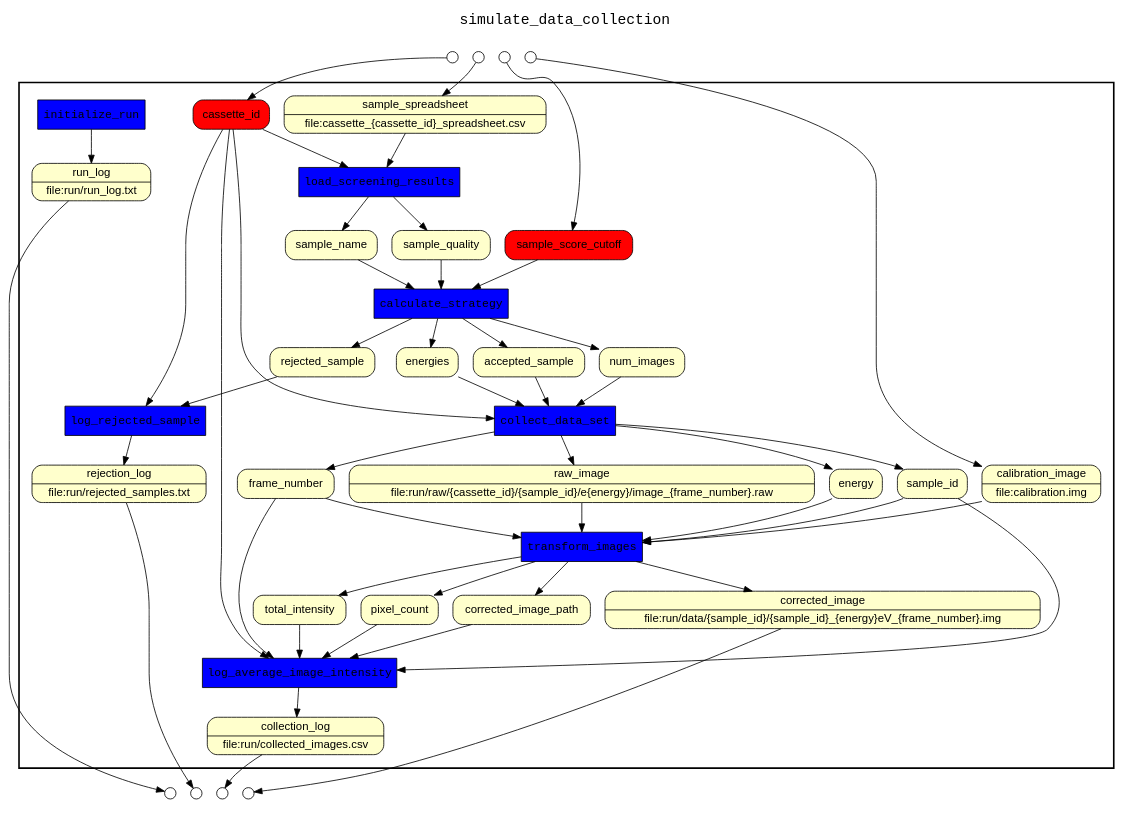
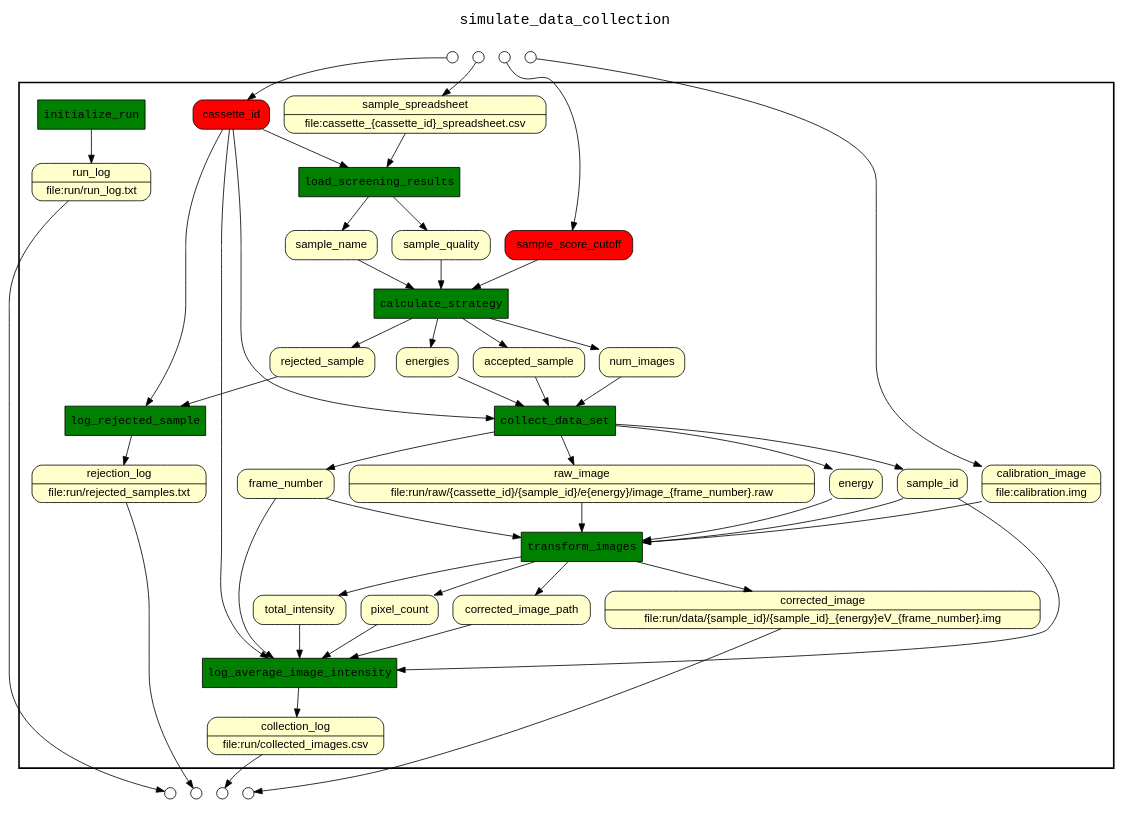
The diagram in output/comb.gv (sycao5/Stylesheet-Processor-Project), drawn with Graphviz before and after one commit. The commit also changed 5 other files, not shown here.

```diff
--- a/output/comb.gv
+++ b/output/comb.gv
@@ -1,146 +1,146 @@
 /* Start of top-level graph */
 digraph Workflow {
 rankdir=TB
 
 
 /* Title for graph */
 fontname=Courier; fontsize=18; labelloc=t
 label=simulate_data_collection
 
 /* Start of double cluster for drawing box around nodes in workflow */
 subgraph cluster_workflow_box_outer { label=""; color=black; penwidth=2
 subgraph cluster_workflow_box_inner { label=""; color=white
 
 
-node[shape="box"	peripheries="1"	style="filled"	fontname="Courier"	fillcolor="blue"	]
+node[shape="box"	peripheries="1"	style="filled"	fontname="Courier"	fillcolor="green"	]
 initialize_run
 load_screening_results
 calculate_strategy
 log_rejected_sample
 collect_data_set
 transform_images
 log_average_image_intensity
 
 
 
 node[shape="box"	peripheries="1"	style="rounded,filled"	fontname="Helvetica"	fillcolor="#FFFFCC"	]
 corrected_image [shape=record rankdir=LR label="{<f0> corrected_image |<f1> file\:run/data/\{sample_id\}/\{sample_id\}_\{energy\}eV_\{frame_number\}.img}"]
 run_log [shape=record rankdir=LR label="{<f0> run_log |<f1> file\:run/run_log.txt}"]
 collection_log [shape=record rankdir=LR label="{<f0> collection_log |<f1> file\:run/collected_images.csv}"]
 rejection_log [shape=record rankdir=LR label="{<f0> rejection_log |<f1> file\:run/rejected_samples.txt}"]
 sample_spreadsheet [shape=record rankdir=LR label="{<f0> sample_spreadsheet |<f1> file\:cassette_\{cassette_id\}_spreadsheet.csv}"]
 sample_name
 sample_quality
 rejected_sample
 accepted_sample
 num_images
 energies
 sample_id
 energy
 frame_number
 raw_image [shape=record rankdir=LR label="{<f0> raw_image |<f1> file\:run/raw/\{cassette_id\}/\{sample_id\}/e\{energy\}/image_\{frame_number\}.raw}"]
 calibration_image [shape=record rankdir=LR label="{<f0> calibration_image |<f1> file\:calibration.img}"]
 corrected_image_path
 total_intensity
 pixel_count
 
 
 
 node[shape="box"	peripheries="1"	style="rounded,filled"	fontname="Helvetica"	fillcolor="#FF0000"	]
 cassette_id
 sample_score_cutoff
 
 
 
 initialize_run -> run_log
 load_screening_results -> sample_name
 load_screening_results -> sample_quality
 cassette_id -> load_screening_results
 sample_spreadsheet -> load_screening_results
 calculate_strategy -> accepted_sample
 calculate_strategy -> rejected_sample
 calculate_strategy -> num_images
 calculate_strategy -> energies
 sample_score_cutoff -> calculate_strategy
 sample_name -> calculate_strategy
 sample_quality -> calculate_strategy
 log_rejected_sample -> rejection_log
 cassette_id -> log_rejected_sample
 rejected_sample -> log_rejected_sample
 collect_data_set -> sample_id
 collect_data_set -> energy
 collect_data_set -> frame_number
 collect_data_set -> raw_image
 cassette_id -> collect_data_set
 accepted_sample -> collect_data_set
 num_images -> collect_data_set
 energies -> collect_data_set
 transform_images -> corrected_image
 transform_images -> corrected_image_path
 transform_images -> total_intensity
 transform_images -> pixel_count
 sample_id -> transform_images
 energy -> transform_images
 frame_number -> transform_images
 raw_image -> transform_images
 calibration_image -> transform_images
 log_average_image_intensity -> collection_log
 cassette_id -> log_average_image_intensity
 sample_id -> log_average_image_intensity
 frame_number -> log_average_image_intensity
 corrected_image_path -> log_average_image_intensity
 total_intensity -> log_average_image_intensity
 pixel_count -> log_average_image_intensity
 
 }}
 
 /* Hidden double-cluster for grouping workflow input ports */
 subgraph cluster_input_ports_group_outer { label=""; color=white
 subgraph cluster_input_ports_group_inner { label=""; color=white
 
 
 node[shape="circle"	width="0.2"	fontname="Helvetica"	fillcolor="#FFFFFF"	peripheries="1"	style="rounded,filled"	]
 cassette_id_input_port[label=""]
 sample_score_cutoff_input_port[label=""]
 sample_spreadsheet_input_port[label=""]
 calibration_image_input_port[label=""]
 
 
 /* End of double-cluster for grouping workflow input ports */
 }}
 
 /* Hidden double-cluster for grouping workflow output ports */
 subgraph cluster_output_ports_group_outer { label=""; color=white
 subgraph cluster_output_ports_group_inner { label=""; color=white
 
 
 node[shape="circle"	width="0.2"	fontname="Helvetica"	fillcolor="#FFFFFF"	peripheries="1"	style="rounded,filled"	]
 corrected_image_output_port[label=""]
 run_log_output_port[label=""]
 collection_log_output_port[label=""]
 rejection_log_output_port[label=""]
 
 
 
 /* End of double-cluster for grouping workflow output ports */
 }}
 
 
 /* Edges from input ports to channels */
 cassette_id_input_port -> cassette_id
 sample_score_cutoff_input_port -> sample_score_cutoff
 sample_spreadsheet_input_port -> sample_spreadsheet
 calibration_image_input_port -> calibration_image
 
 
 
 /* Edges from channels to output ports */
 corrected_image -> corrected_image_output_port
 run_log -> run_log_output_port
 collection_log -> collection_log_output_port
 rejection_log -> rejection_log_output_port
 
 
 
 /* End of top-level graph */
 }
```
